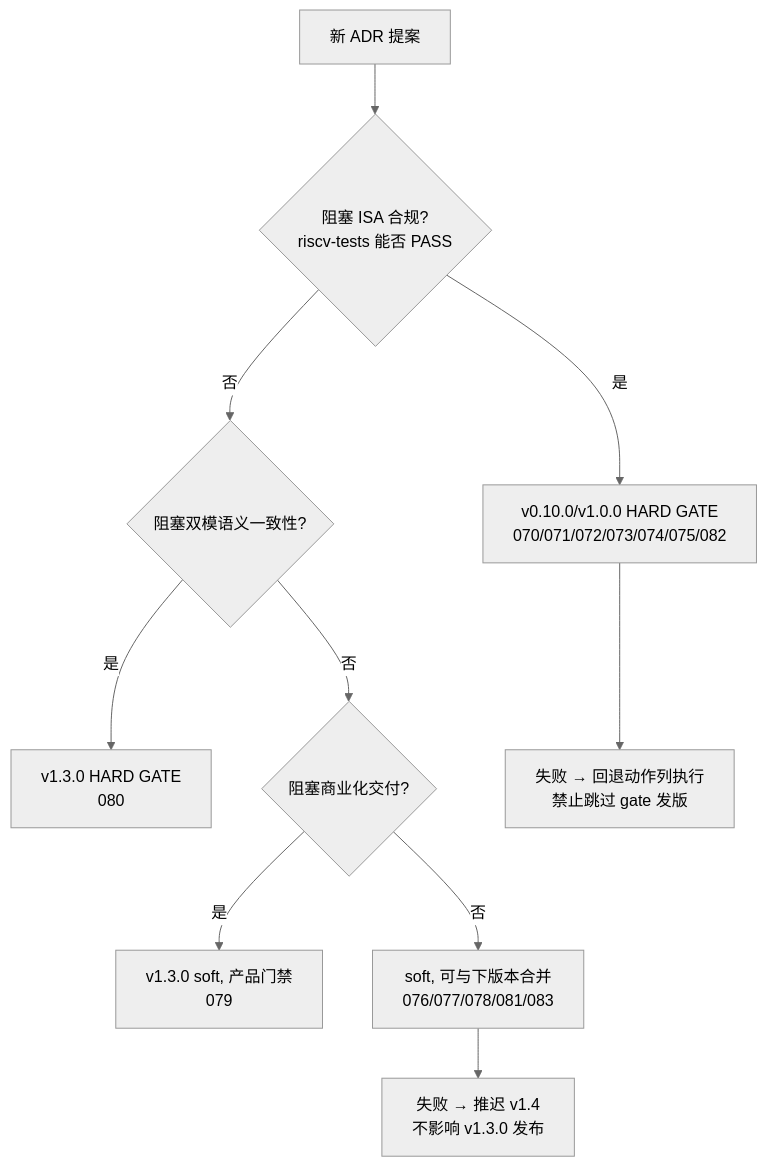
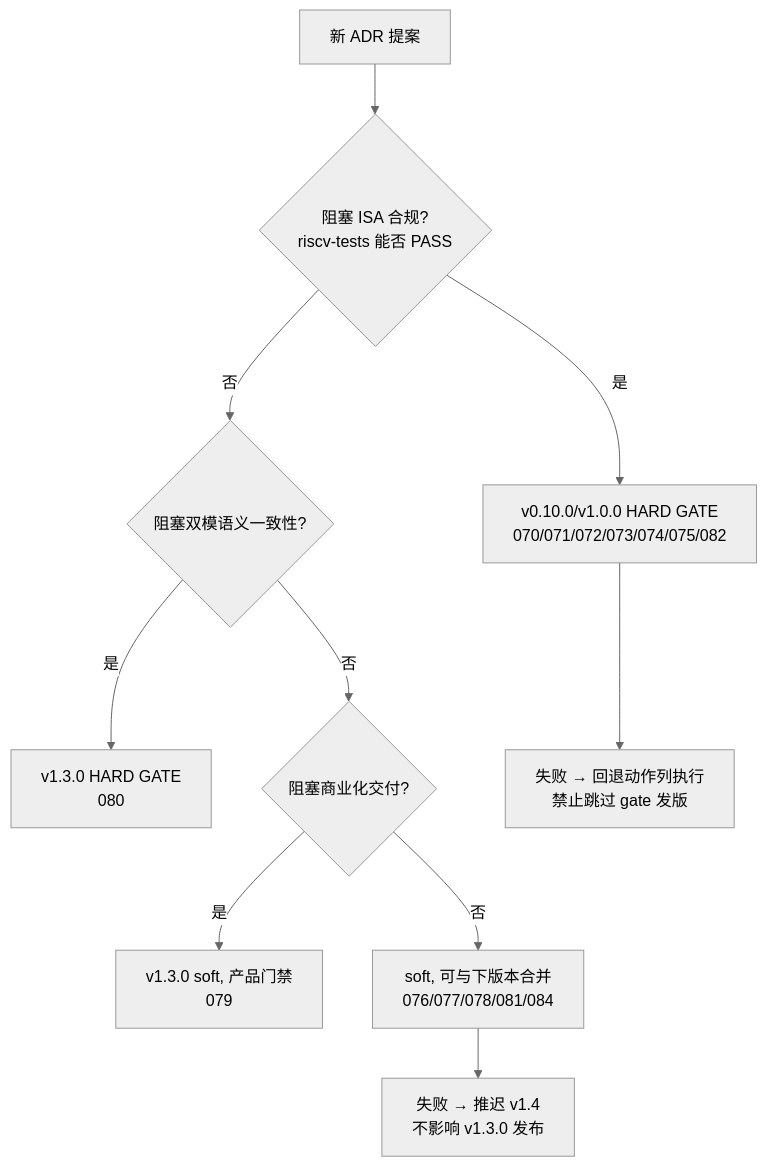
Before and after one commit to chisuhua/ChipForge: the second of 2 diagrams in docs/research/adr-matrix.md, drawn with Mermaid (neutral theme). The commit also changed other lines of this file and 8 other files, not shown here.

First line of the commit message:
docs(roadmap): v1.2 sign-off - 4 rounds review closed (44 fixes)

````diff
--- a/docs/research/adr-matrix.md
+++ b/docs/research/adr-matrix.md
@@ -82,12 +82,12 @@
 ```mermaid
 graph TD
     A[新 ADR 提案] --> B{阻塞 ISA 合规?<br/>riscv-tests 能否 PASS}
     B -->|是| H1[v0.10.0/v1.0.0 HARD GATE<br/>070/071/072/073/074/075/082]
     B -->|否| C{阻塞双模语义一致性?}
     C -->|是| H2[v1.3.0 HARD GATE<br/>080]
     C -->|否| D{阻塞商业化交付?}
     D -->|是| S1[v1.3.0 soft, 产品门禁<br/>079]
-    D -->|否| S2[soft, 可与下版本合并<br/>076/077/078/081/083]
+    D -->|否| S2[soft, 可与下版本合并<br/>076/077/078/081/084]
     H1 --> F[失败 → 回退动作列执行<br/>禁止跳过 gate 发版]
     S2 --> G[失败 → 推迟 v1.4<br/>不影响 v1.3.0 发布]
 ```
````
